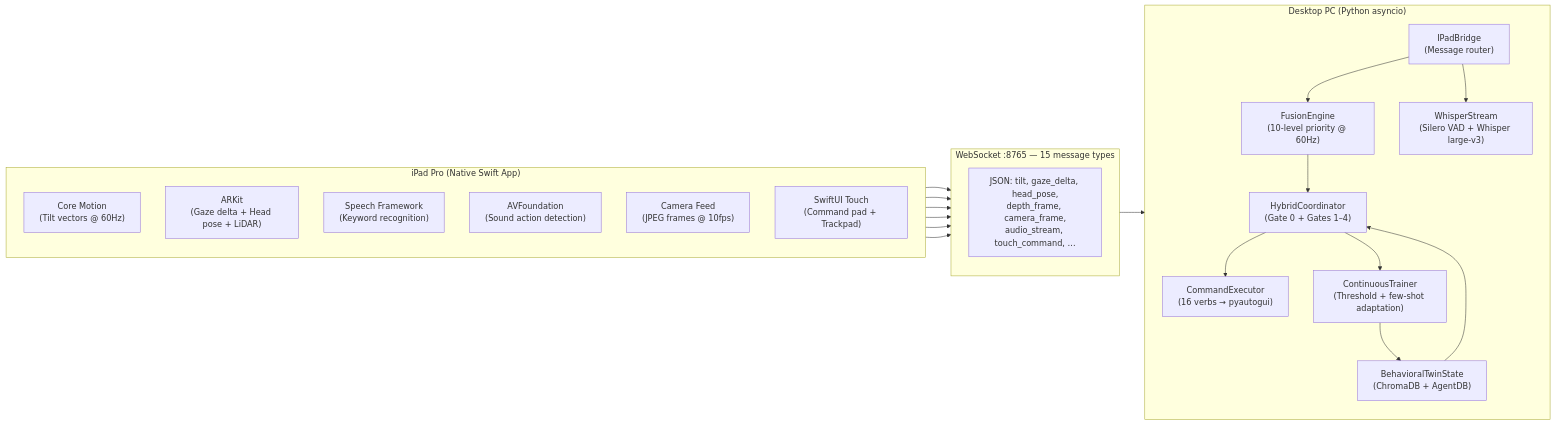
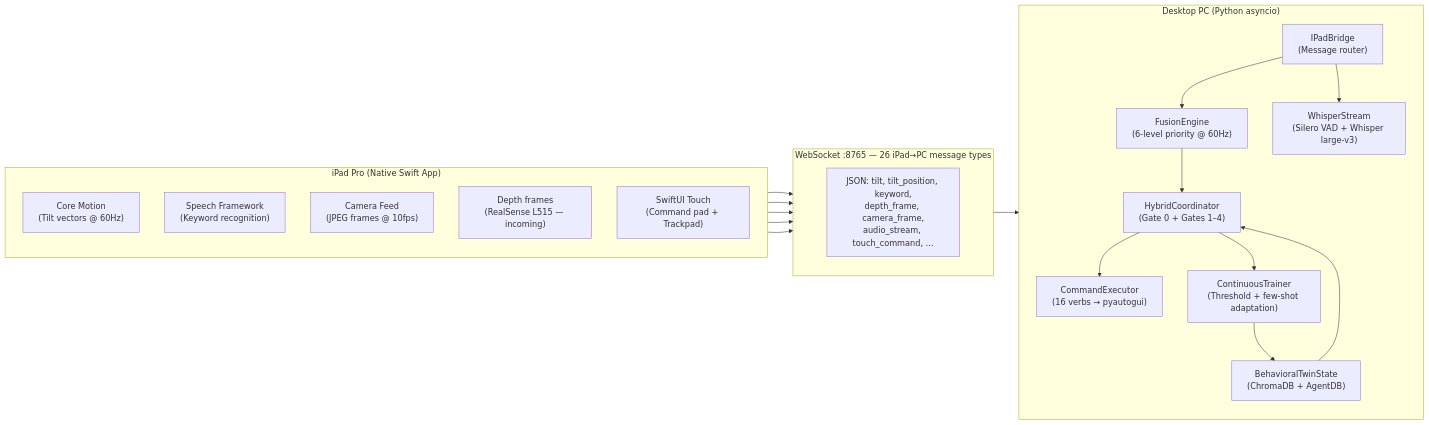
The second of 4 diagrams in specs/ipad-sensor-focus/diagrams/01-system-architecture.md (Bradly187/Personal-Desktop-Agent), drawn with Mermaid before and after one commit. The commit also changed other lines of this file and 16 other files, not shown here.

````diff
--- a/specs/ipad-sensor-focus/diagrams/01-system-architecture.md
+++ b/specs/ipad-sensor-focus/diagrams/01-system-architecture.md
@@ -37,44 +37,42 @@
 ```mermaid
 flowchart LR
     subgraph iPad["iPad Pro (Native Swift App)"]
         direction TB
         CM["Core Motion\n(Tilt vectors @ 60Hz)"]
-        ARK["ARKit\n(Gaze delta + Head pose + LiDAR)"]
         SPE["Speech Framework\n(Keyword recognition)"]
-        AVF["AVFoundation\n(Sound action detection)"]
         CAM["Camera Feed\n(JPEG frames @ 10fps)"]
+        DEPTH["Depth frames\n(RealSense L515 — incoming)"]
         TOUCH["SwiftUI Touch\n(Command pad + Trackpad)"]
     end
 
-    subgraph WS["WebSocket :8765 — 15 message types"]
+    subgraph WS["WebSocket :8765 — 26 iPad→PC message types"]
         direction TB
-        MSG["JSON: tilt, gaze_delta, head_pose,\ndepth_frame, camera_frame,\naudio_stream, touch_command, …"]
+        MSG["JSON: tilt, tilt_position, keyword,\ndepth_frame, camera_frame,\naudio_stream, touch_command, …"]
     end
 
     subgraph PC["Desktop PC (Python asyncio)"]
         direction TB
         BRIDGE["IPadBridge\n(Message router)"]
-        FUSION["FusionEngine\n(10-level priority @ 60Hz)"]
+        FUSION["FusionEngine\n(6-level priority @ 60Hz)"]
         WHISPER["WhisperStream\n(Silero VAD + Whisper large-v3)"]
         TWIN["BehavioralTwinState\n(ChromaDB + AgentDB)"]
         COORD["HybridCoordinator\n(Gate 0 + Gates 1–4)"]
         AGENT["CommandExecutor\n(16 verbs → pyautogui)"]
         TRAINER["ContinuousTrainer\n(Threshold + few-shot adaptation)"]
     end
 
     CM --> MSG
-    ARK --> MSG
     SPE --> MSG
-    AVF --> MSG
     CAM --> MSG
+    DEPTH --> MSG
     TOUCH --> MSG
 
     MSG --> BRIDGE
     BRIDGE --> FUSION
     BRIDGE --> WHISPER
     FUSION --> COORD
     TWIN --> COORD
     COORD --> AGENT
     COORD --> TRAINER
     TRAINER --> TWIN
 ```
````
